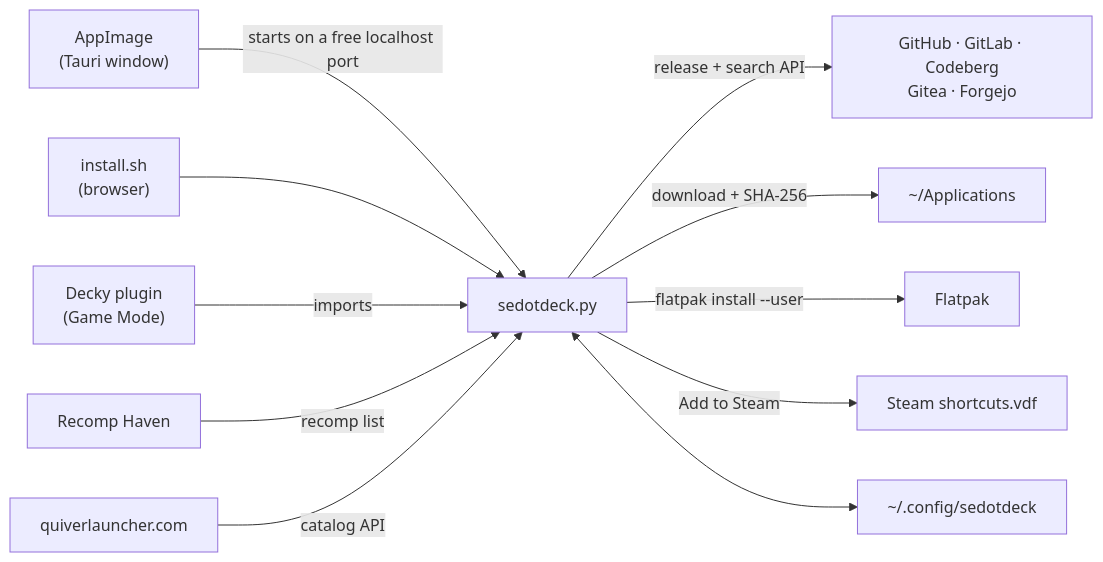
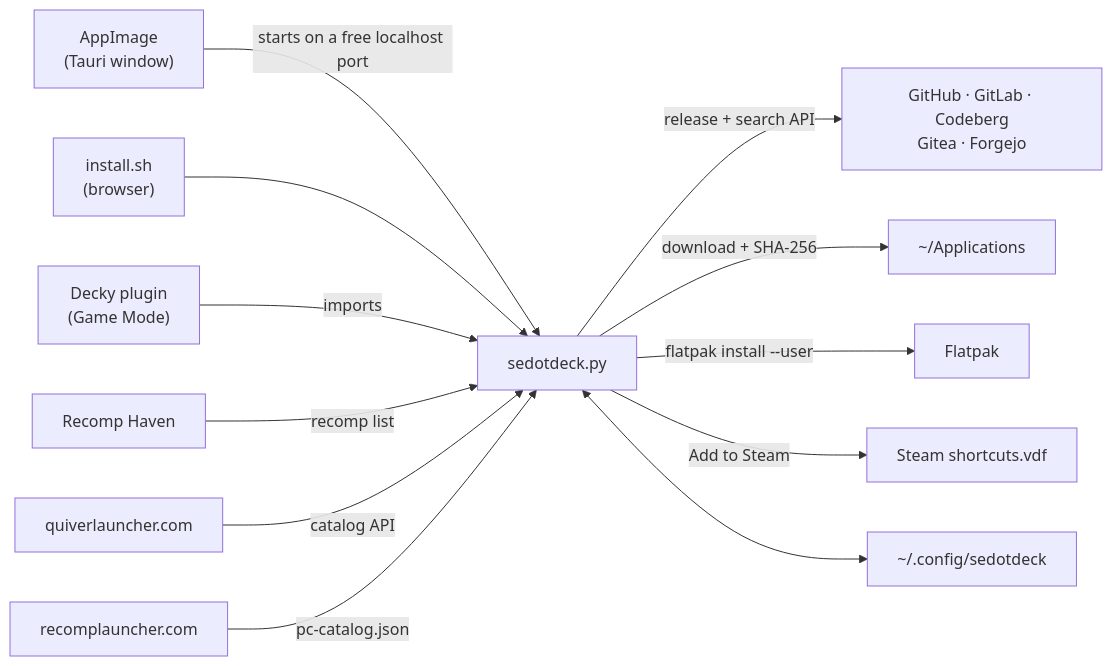
The diagram in README.md (intermission88/SedotDeck), drawn with Mermaid before and after one commit. The commit also changed other lines of this file and 2 other files, not shown here.

````diff
--- a/README.md
+++ b/README.md
@@ -236,13 +262,14 @@
 ```mermaid
 flowchart LR
   A["AppImage<br/>(Tauri window)"] -- "starts on a free localhost port" --> P["sedotdeck.py"]
   S["install.sh<br/>(browser)"] --> P
   D["Decky plugin<br/>(Game Mode)"] -- "imports" --> P
   P -- "release + search API" --> F["GitHub · GitLab · Codeberg<br/>Gitea · Forgejo"]
   P -- "download + SHA-256" --> L["~/Applications"]
   P -- "flatpak install --user" --> K["Flatpak"]
   P -- "Add to Steam" --> V["Steam shortcuts.vdf"]
   R["Recomp Haven"] -- "recomp list" --> P
   Q["quiverlauncher.com"] -- "catalog API" --> P
+  RL["recomplauncher.com"] -- "pc-catalog.json" --> P
   P <--> C["~/.config/sedotdeck"]
 ```
````
